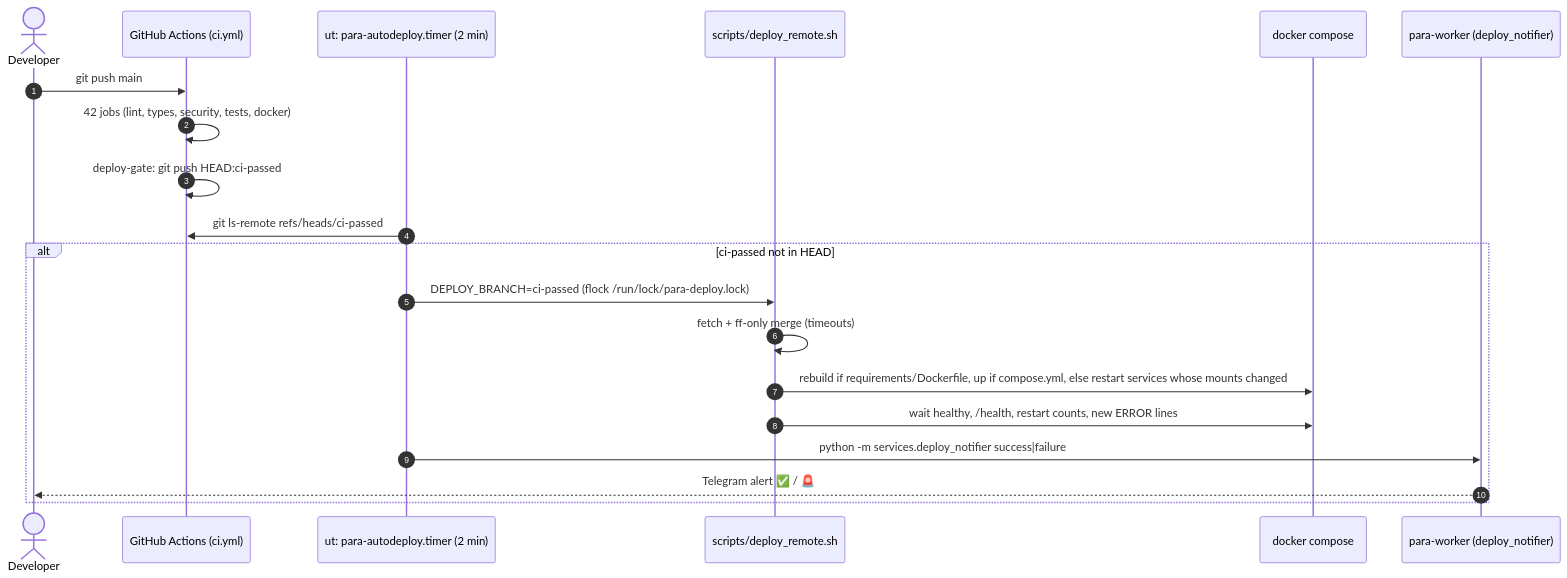
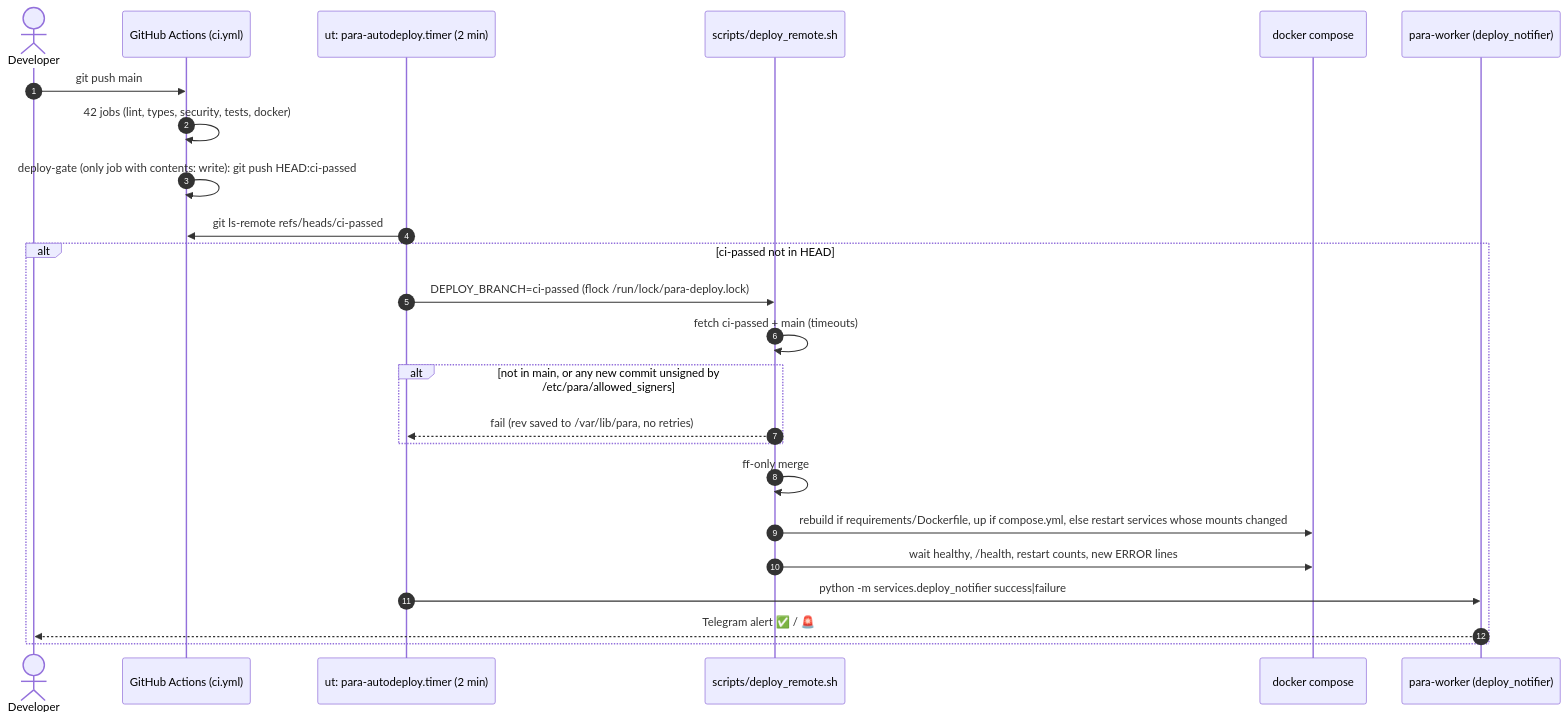
Diagram 30 of 53 in docs/UML.md (Utkautka1/para), drawn with Mermaid before and after one commit. The commit also changed other lines of this file and 5 other files, not shown here.

First line of the commit message:
fix(security): trust only signed main commits in autodeploy, read-only CI token

````diff
--- a/docs/UML.md
+++ b/docs/UML.md
@@ -2286,23 +2286,27 @@
 ```mermaid
 sequenceDiagram
     autonumber
     actor Dev as Developer
     participant GH as GitHub Actions (ci.yml)
     participant Timer as ut: para-autodeploy.timer (2 min)
     participant Deploy as scripts/deploy_remote.sh
     participant Compose as docker compose
     participant Bot as para-worker (deploy_notifier)
 
     Dev->>GH: git push main
     GH->>GH: 42 jobs (lint, types, security, tests, docker)
-    GH->>GH: deploy-gate: git push HEAD:ci-passed
+    GH->>GH: deploy-gate (only job with contents: write): git push HEAD:ci-passed
     Timer->>GH: git ls-remote refs/heads/ci-passed
     alt ci-passed not in HEAD
         Timer->>Deploy: DEPLOY_BRANCH=ci-passed (flock /run/lock/para-deploy.lock)
-        Deploy->>Deploy: fetch + ff-only merge (timeouts)
+        Deploy->>Deploy: fetch ci-passed + main (timeouts)
+        alt not in main, or any new commit unsigned by /etc/para/allowed_signers
+            Deploy-->>Timer: fail (rev saved to /var/lib/para, no retries)
+        end
+        Deploy->>Deploy: ff-only merge
         Deploy->>Compose: rebuild if requirements/Dockerfile, up if compose.yml, else restart services whose mounts changed
         Deploy->>Compose: wait healthy, /health, restart counts, new ERROR lines
         Timer->>Bot: python -m services.deploy_notifier success|failure
         Bot-->>Dev: Telegram alert ✅ / 🚨
     end
 ```
````
